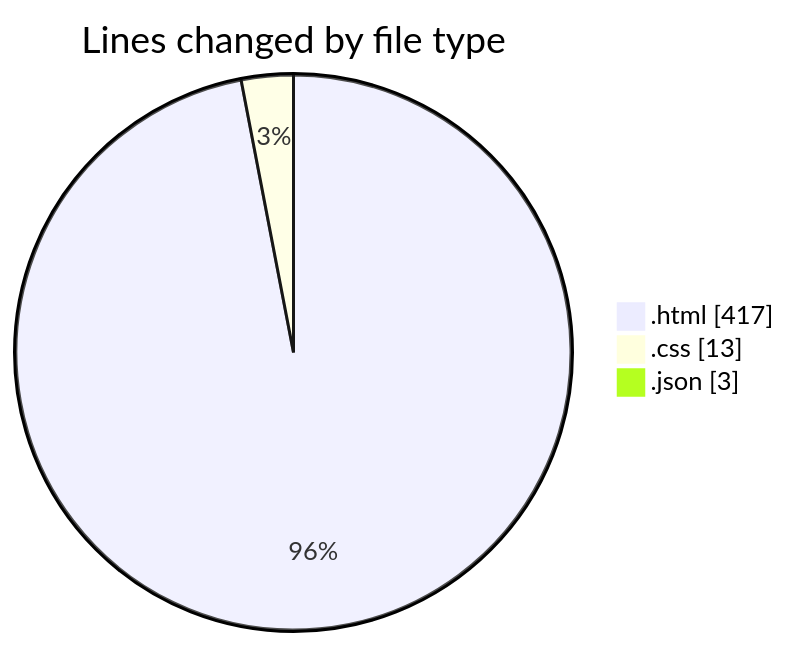
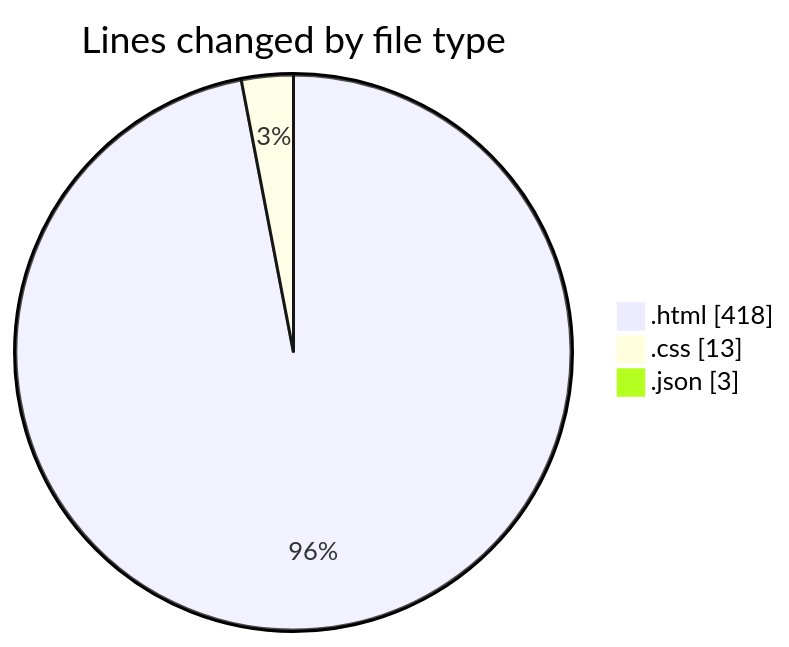
One commit to hasnaa123/code-tracking changed the first of 2 diagrams in 2025-12-11/technologie_web/README.md. Above: the diagram before and after it, drawn with Mermaid. The commit also changed other lines of this file and 1 other file, not shown here.

````diff
--- a/2025-12-11/technologie_web/README.md
+++ b/2025-12-11/technologie_web/README.md
@@ -23,7 +23,7 @@
 ```mermaid
 pie showData
 title Lines changed by file type
-".html" : 417
+".html" : 418
 ".css" : 13
 ".json" : 3
 ```
````
